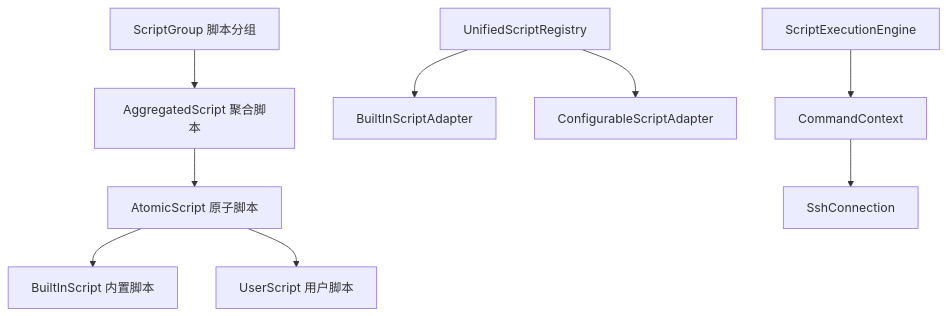
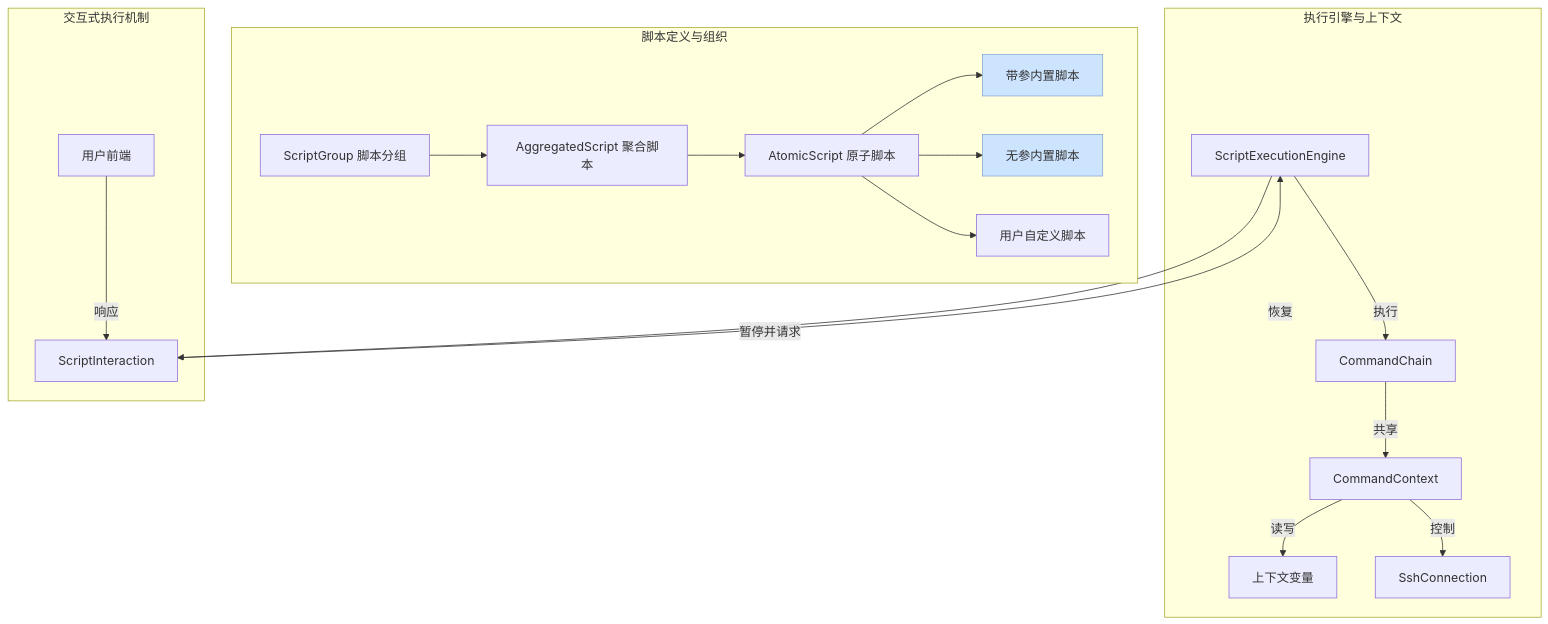
One commit to mxw13579/terminal changed the diagram in ARCHITECTURE_ANALYSIS.md. Above: the diagram before and after it, drawn with Mermaid. The commit also changed other lines of this file and 7 other files, not shown here.

````diff
--- a/ARCHITECTURE_ANALYSIS.md
+++ b/ARCHITECTURE_ANALYSIS.md
@@ -57,13 +56,26 @@
 ```mermaid
 graph TB
-    A[ScriptGroup 脚本分组] --> B[AggregatedScript 聚合脚本]
-    B --> C[AtomicScript 原子脚本]
-    C --> D[BuiltInScript 内置脚本]
-    C --> E[UserScript 用户脚本]
-    
-    F[UnifiedScriptRegistry] --> G[BuiltInScriptAdapter]
-    F --> H[ConfigurableScriptAdapter]
-    
-    I[ScriptExecutionEngine] --> J[CommandContext]
-    J --> K[SshConnection]
+    subgraph "脚本定义与组织"
+        A[ScriptGroup 脚本分组] --> B[AggregatedScript 聚合脚本]
+        B --> C[AtomicScript 原子脚本]
+        C --> D[带参内置脚本]
+        C --> E[无参内置脚本]
+        C --> F[用户自定义脚本]
+    end
+
+    subgraph "执行引擎与上下文"
+        G[ScriptExecutionEngine] -->|执行| H[CommandChain]
+        H -->|共享| I[CommandContext]
+        I -->|读写| J[上下文变量]
+        I -->|控制| K[SshConnection]
+    end
+
+    subgraph "交互式执行机制"
+        G -->|暂停并请求| L[ScriptInteraction]
+        M[用户前端] -->|响应| L
+        L -->|恢复| G
+    end
+
+    style D fill:#cde4ff,stroke:#84a9d4
+    style E fill:#cde4ff,stroke:#84a9d4
 ```
````
